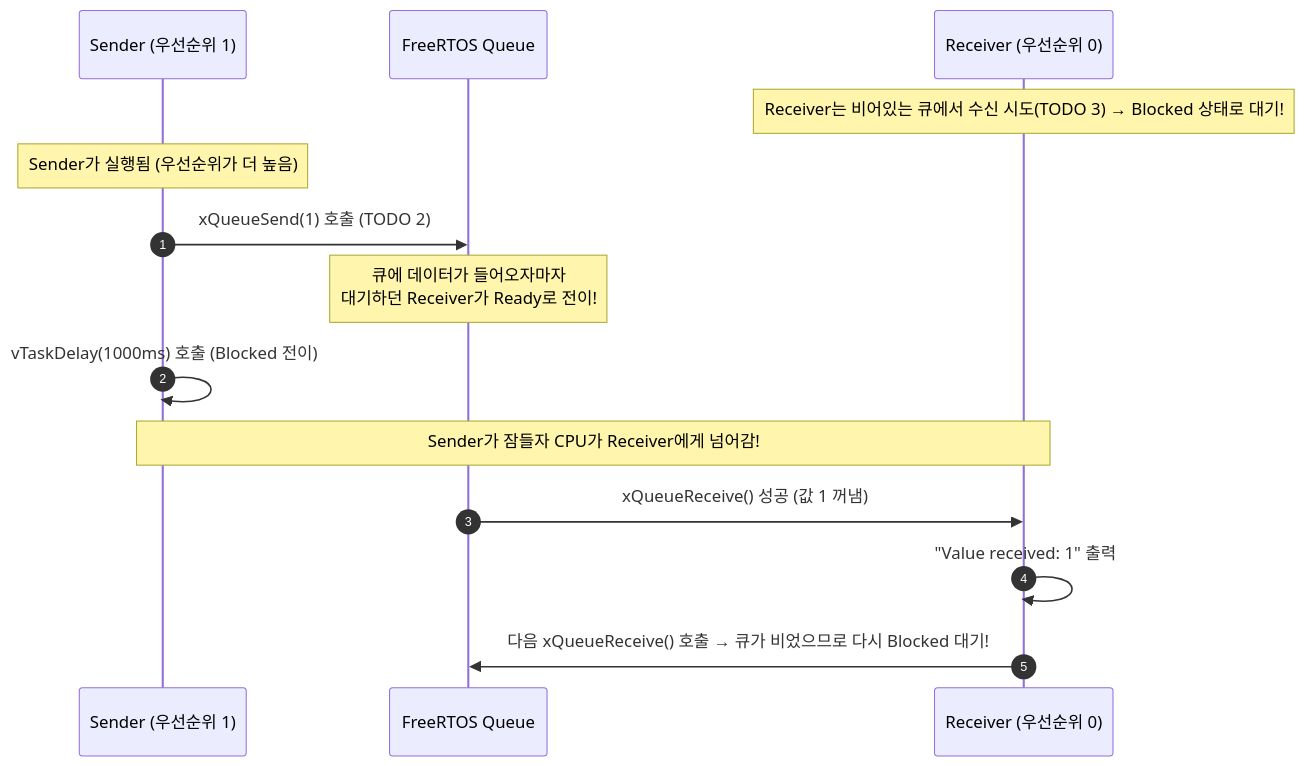
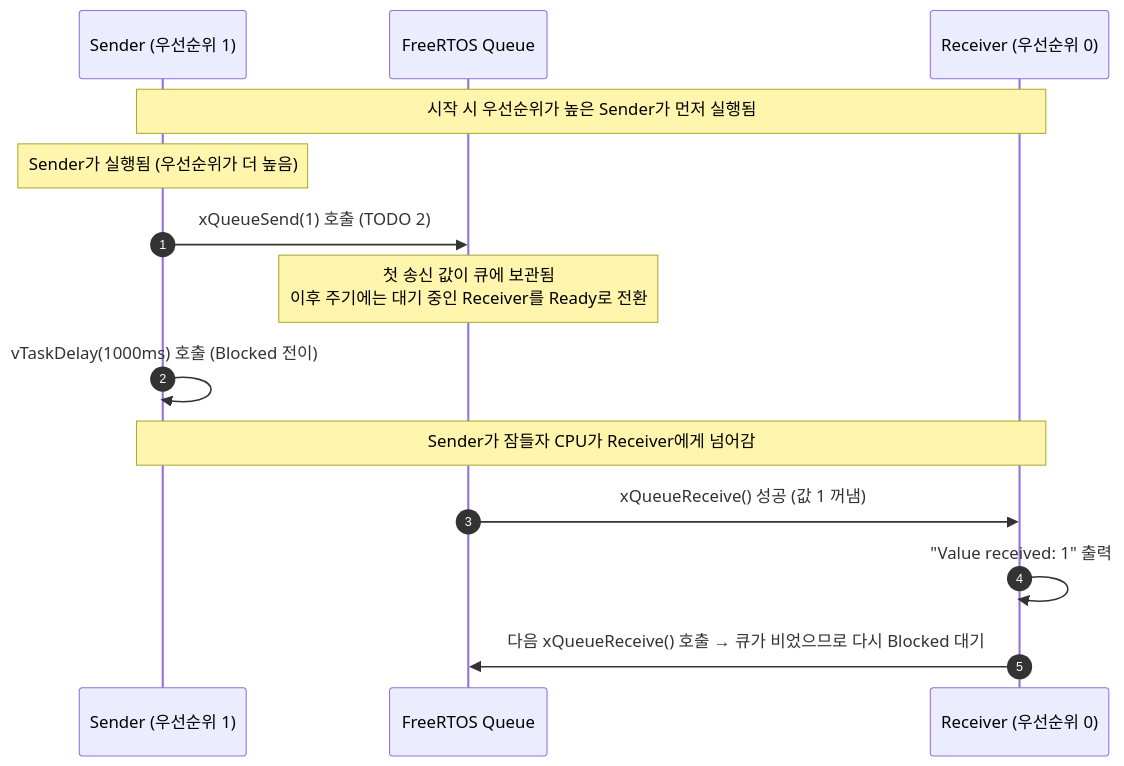
The second of 2 diagrams in ko/guides/tutorial_9.md (yunju-baek/FreeRTOS-Tutorials-ko), drawn with Mermaid before and after one commit. The commit also changed other lines of this file and 37 other files, not shown here.

````diff
--- a/ko/guides/tutorial_9.md
+++ b/ko/guides/tutorial_9.md
@@ -72,17 +74,17 @@
 ```mermaid
 sequenceDiagram
     autonumber
     participant S as Sender (우선순위 1)
     participant Q as FreeRTOS Queue
     participant R as Receiver (우선순위 0)
 
-    Note over R: Receiver는 비어있는 큐에서 수신 시도(TODO 3) → Blocked 상태로 대기!
+    Note over S,R: 시작 시 우선순위가 높은 Sender가 먼저 실행됨
     Note over S: Sender가 실행됨 (우선순위가 더 높음)
     S->>Q: xQueueSend(1) 호출 (TODO 2)
-    Note over Q: 큐에 데이터가 들어오자마자<br/>대기하던 Receiver가 Ready로 전이!
+    Note over Q: 첫 송신 값이 큐에 보관됨<br/>이후 주기에는 대기 중인 Receiver를 Ready로 전환
     S->>S: vTaskDelay(1000ms) 호출 (Blocked 전이)
-    Note over S,R: Sender가 잠들자 CPU가 Receiver에게 넘어감!
+    Note over S,R: Sender가 잠들자 CPU가 Receiver에게 넘어감
     Q->>R: xQueueReceive() 성공 (값 1 꺼냄)
     R->>R: "Value received: 1" 출력
-    R->>Q: 다음 xQueueReceive() 호출 → 큐가 비었으므로 다시 Blocked 대기!
+    R->>Q: 다음 xQueueReceive() 호출 → 큐가 비었으므로 다시 Blocked 대기
 ```
````
